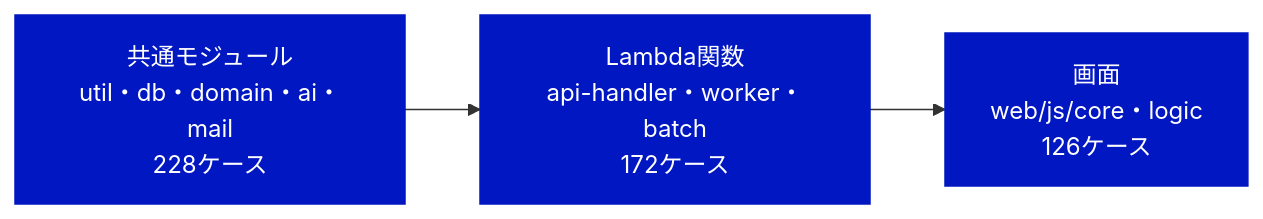
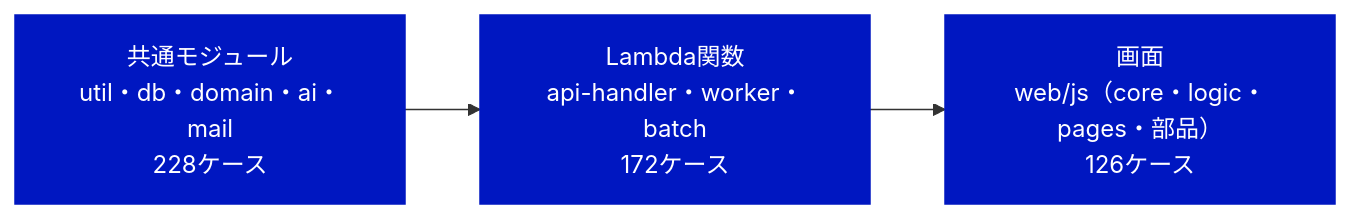
One commit to pocarialice/rpglearning changed the first of 3 diagrams in documents/モジュールテスト結果報告書_RPG学習アプリ.md. Above: the diagram before and after it, drawn with Mermaid. The commit also changed 2 other files, not shown here.

Commit message:
結果報告書の範囲の図で、画面の対象を web/js（core・logic・pages・部品）と書く
Claude-Session: https://claude.ai/code/session_019voZhRJ66QueKZjc4hPZ3i

````diff
--- a/documents/モジュールテスト結果報告書_RPG学習アプリ.md
+++ b/documents/モジュールテスト結果報告書_RPG学習アプリ.md
@@ -23,7 +23,7 @@
 ```mermaid
 flowchart LR
   A["共通モジュール<br>util・db・domain・ai・mail<br>228ケース"]:::done --> B["Lambda関数<br>api-handler・worker・batch<br>172ケース"]:::done
-  B --> C["画面<br>web/js/core・logic<br>126ケース"]:::done
+  B --> C["画面<br>web/js（core・logic・pages・部品）<br>126ケース"]:::done
   classDef done fill:#0017C1,color:#fff,stroke:#0017C1
   classDef todo fill:#fff,color:#414141,stroke:#B4B4B4,stroke-dasharray:4 3
 ```
````
